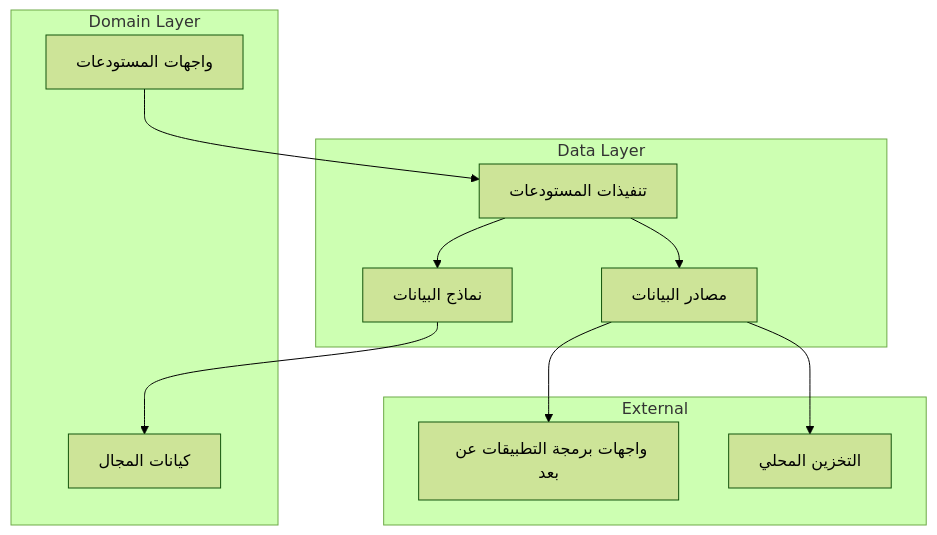
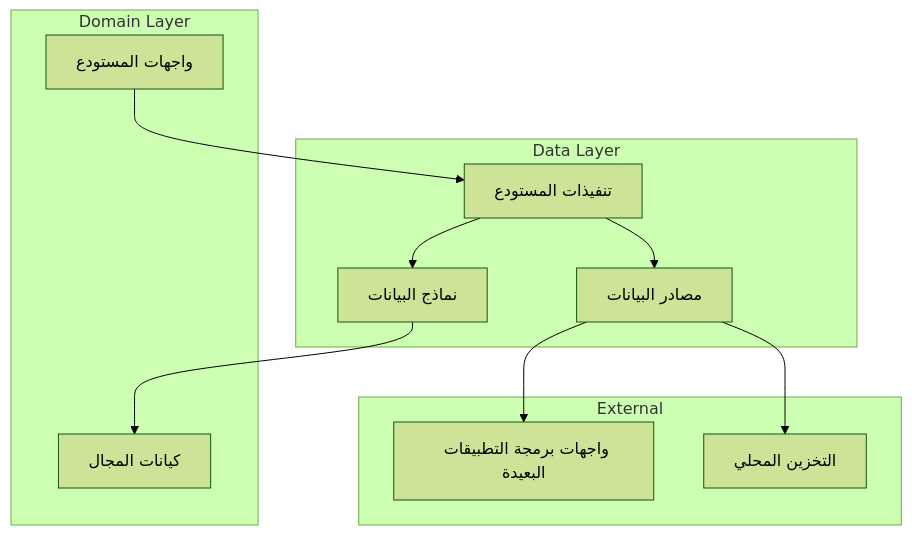
One commit to GeniusSystems24/genius_store changed the first of 2 diagrams in lib/data/README-ar.md. Above: the diagram before and after it, drawn with Mermaid (forest theme). The commit also changed other lines of this file and 26 other files, not shown here.

````diff
--- a/lib/data/README-ar.md
+++ b/lib/data/README-ar.md
@@ -35,25 +35,25 @@
 ```mermaid
 flowchart TD
     subgraph Domain Layer
         DomainEntities[كيانات المجال]
-        RepositoryInterfaces[واجهات المستودعات]
+        RepositoryInterfaces[واجهات المستودع]
     end
     
     subgraph Data Layer
-        RepositoryImplementations[تنفيذات المستودعات]
+        RepositoryImplementations[تنفيذات المستودع]
         Models[نماذج البيانات]
         DataSources[مصادر البيانات]
     end
     
     subgraph External
-        Remote[واجهات برمجة التطبيقات عن بعد]
+        Remote[واجهات برمجة التطبيقات البعيدة]
         Local[التخزين المحلي]
     end
     
     RepositoryInterfaces --> RepositoryImplementations
     RepositoryImplementations --> Models
     RepositoryImplementations --> DataSources
     Models --> DomainEntities
     DataSources --> Remote
     DataSources --> Local
 ```
````
